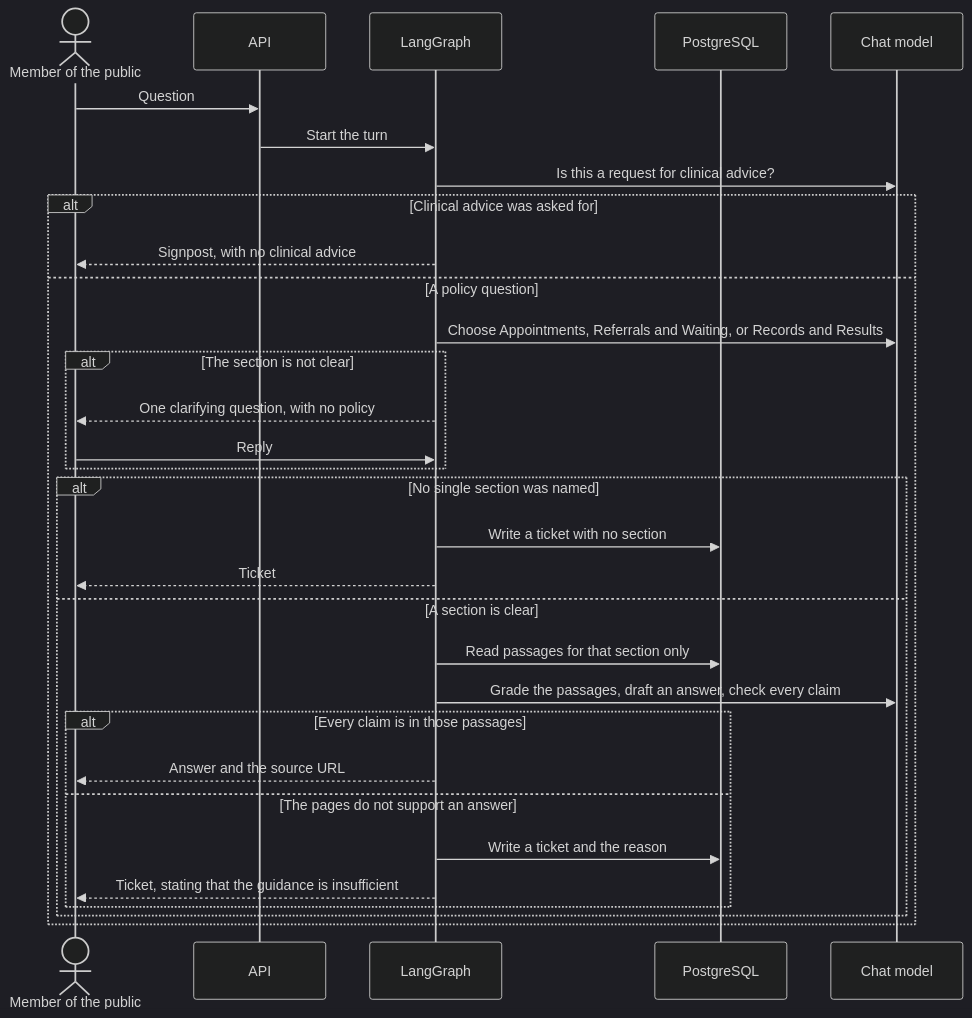
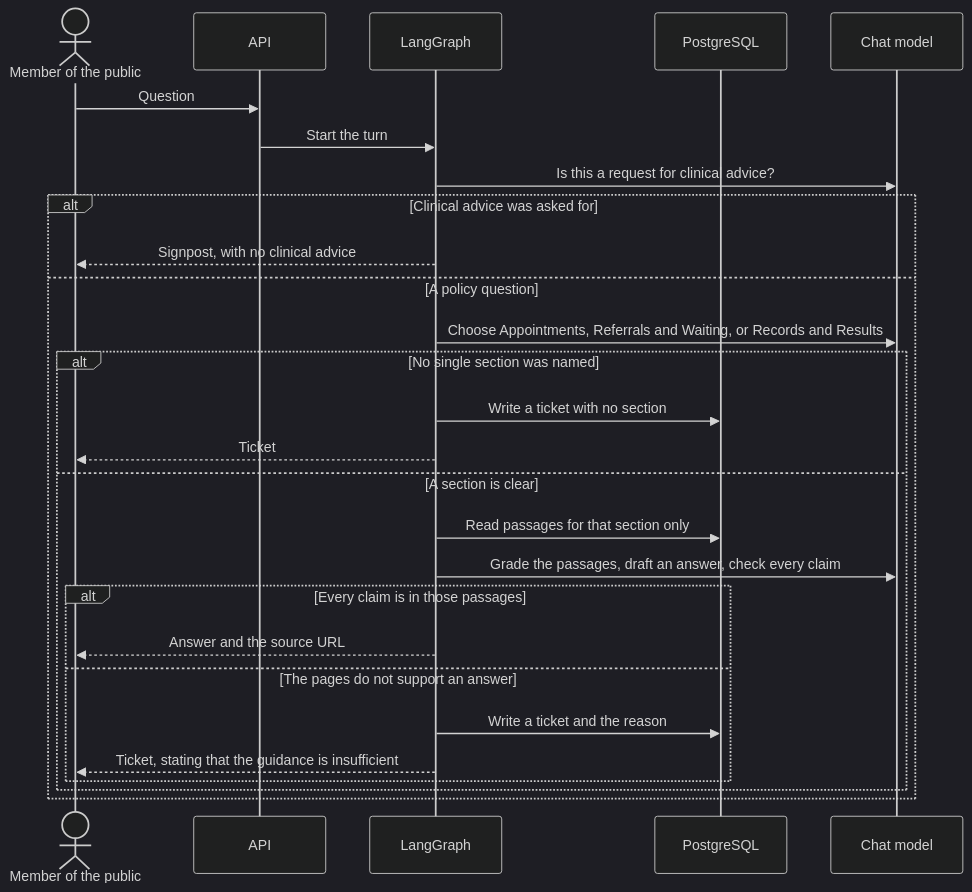
The diagram in docs/alpha.md (ramy-glitch/Deskline), drawn with Mermaid (dark theme) before and after one commit. The commit also changed other lines of this file and 14 other files, not shown here.

````diff
--- a/docs/alpha.md
+++ b/docs/alpha.md
@@ -51,34 +51,30 @@
 ```mermaid
 sequenceDiagram
     actor Person as Member of the public
     participant API
     participant Graph as LangGraph
     participant DB as PostgreSQL
     participant LLM as Chat model
 
     Person->>API: Question
     API->>Graph: Start the turn
     Graph->>LLM: Is this a request for clinical advice?
     alt Clinical advice was asked for
         Graph-->>Person: Signpost, with no clinical advice
     else A policy question
         Graph->>LLM: Choose Appointments, Referrals and Waiting, or Records and Results
-        alt The section is not clear
-            Graph-->>Person: One clarifying question, with no policy
-            Person->>Graph: Reply
-        end
         alt No single section was named
             Graph->>DB: Write a ticket with no section
             Graph-->>Person: Ticket
         else A section is clear
             Graph->>DB: Read passages for that section only
             Graph->>LLM: Grade the passages, draft an answer, check every claim
             alt Every claim is in those passages
                 Graph-->>Person: Answer and the source URL
             else The pages do not support an answer
                 Graph->>DB: Write a ticket and the reason
                 Graph-->>Person: Ticket, stating that the guidance is insufficient
             end
         end
     end
 ```
````
